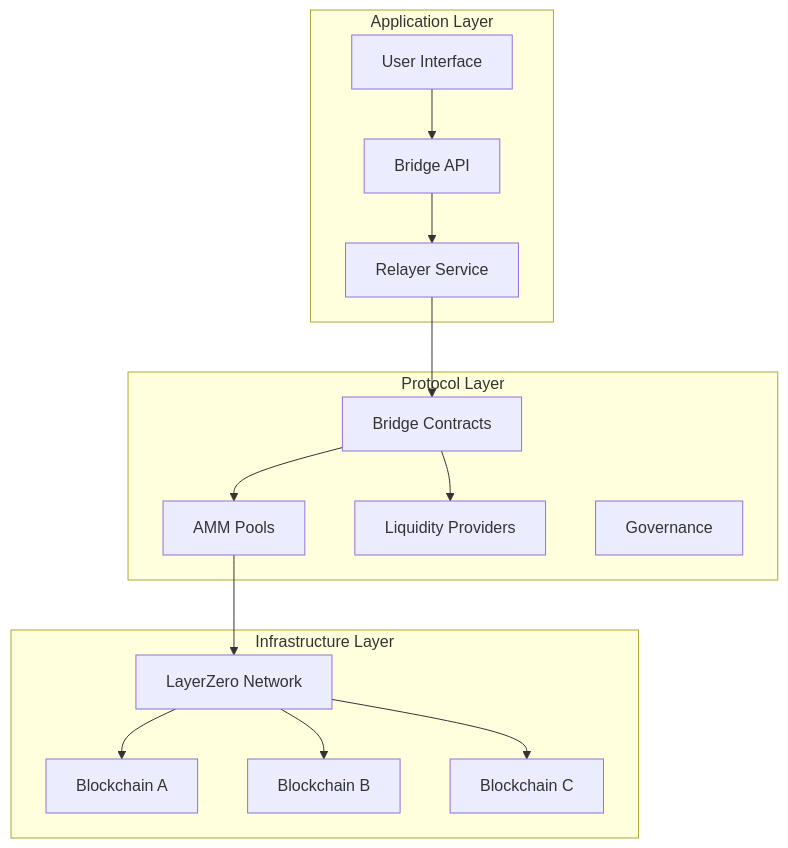
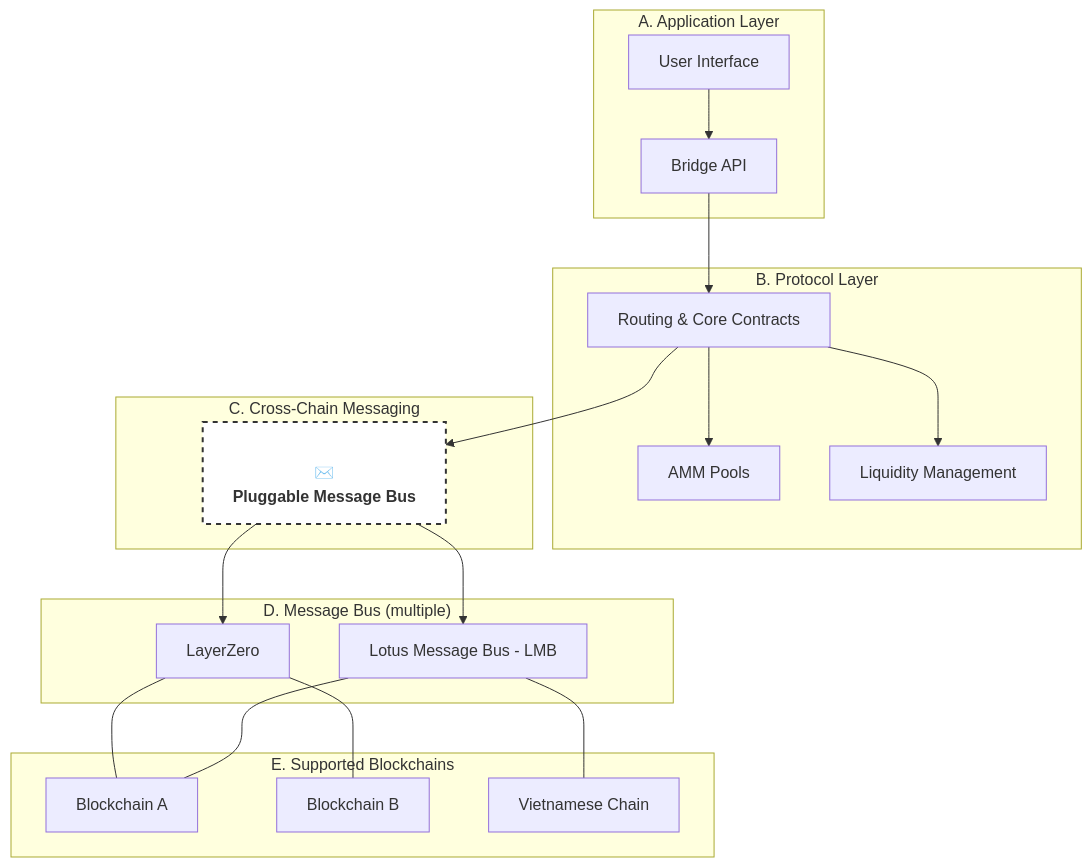
The first of 8 diagrams in architecture.MD (DxcMint868/lotus-bridge-monorepo), drawn with Mermaid before and after one commit. The commit also changed other lines of this file, not shown here.

````diff
--- a/architecture.MD
+++ b/architecture.MD
@@ -43,32 +39,43 @@
 ```mermaid
-graph TB
-    subgraph "Application Layer"
+graph TD
+    subgraph "A. Application Layer"
         UI[User Interface]
-        API[Bridge API]
-        REL[Relayer Service]
+        API[️Bridge API]
     end
-    
-    subgraph "Protocol Layer"
-        BC[Bridge Contracts]
+
+    subgraph "B. Protocol Layer"
+        RC[Routing & Core Contracts]
         AMM[AMM Pools]
-        LP[Liquidity Providers]
-        GOV[Governance]
+        LP[Liquidity Management]
     end
-    
-    subgraph "Infrastructure Layer"
-        LZ[LayerZero Network]
-        BC1[Blockchain A]
-        BC2[Blockchain B]
-        BC3[Blockchain C]
+
+    subgraph "C. Cross-Chain Messaging"
+        MB[<br/>✉️<br/><b>Pluggable Message Bus</b>]
     end
-    
+
+    subgraph "D. Message Bus (multiple)"
+        LZ[LayerZero]
+        LMB[Lotus Message Bus - LMB]
+    end
+
+    subgraph "E. Supported Blockchains"
+        CHAIN_A[Blockchain A]
+        CHAIN_B[Blockchain B]
+        CHAIN_VN[Vietnamese Chain]
+    end
+
     UI --> API
-    API --> REL
-    REL --> BC
-    BC --> AMM
-    BC --> LP
-    AMM --> LZ
-    LZ --> BC1
-    LZ --> BC2
-    LZ --> BC3
+    API --> RC
+    RC --> AMM
+    RC --> LP
+    RC --> MB
+    MB --> LZ
+    MB --> LMB
+
+    LZ --- CHAIN_A
+    LZ --- CHAIN_B
+    LMB --- CHAIN_VN
+    LMB --- CHAIN_A
+
+    style MB fill:#fff,stroke:#333,stroke-width:2px,stroke-dasharray: 5 5
 ```
````
